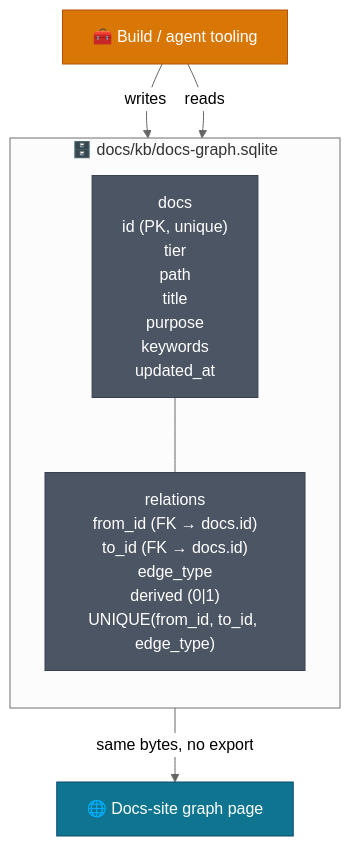
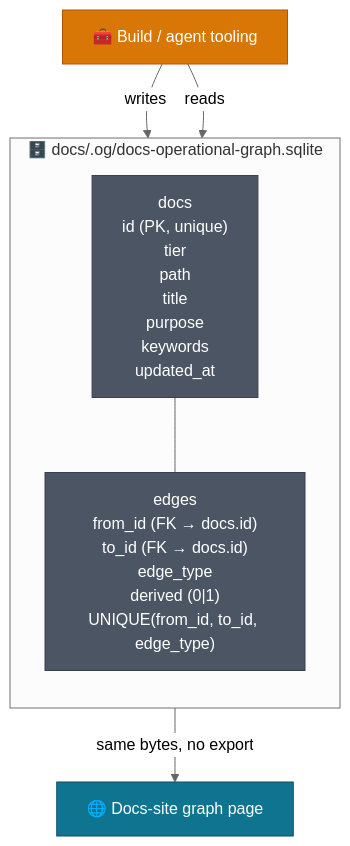
The first of 2 diagrams in docs/Harness/07 Knowledge Graph/02 Storage and Build Model.md (DataArt/artisyn-implementation-harness), drawn with Mermaid (neutral theme) before and after one commit. The commit also changed other lines of this file and 10 other files, not shown here.

Commit message:
docs(architecture): describe the operational graph's HLD/LLD/Harness boundary

````diff
--- a/docs/Harness/07 Knowledge Graph/02 Storage and Build Model.md
+++ b/docs/Harness/07 Knowledge Graph/02 Storage and Build Model.md
@@ -13,20 +13,20 @@
 ```mermaid
 flowchart TD
-    subgraph FILE ["🗄️ docs/kb/docs-graph.sqlite"]
+    subgraph FILE ["🗄️ docs/.og/docs-operational-graph.sqlite"]
         direction TB
         DOCS["docs\nid (PK, unique)\ntier\npath\ntitle\npurpose\nkeywords\nupdated_at"]:::table
-        REL["relations\nfrom_id (FK → docs.id)\nto_id (FK → docs.id)\nedge_type\nderived (0|1)\nUNIQUE(from_id, to_id, edge_type)"]:::table
+        REL["edges\nfrom_id (FK → docs.id)\nto_id (FK → docs.id)\nedge_type\nderived (0|1)\nUNIQUE(from_id, to_id, edge_type)"]:::table
         DOCS --- REL
     end
 
     TOOLING["🧰 Build / agent tooling"]:::tooling
     BROWSER["🌐 Docs-site graph page"]:::browser
 
     TOOLING -->|"writes"| FILE
     TOOLING -->|"reads"| FILE
     FILE -->|"same bytes, no export"| BROWSER
 
     classDef table   fill:#4B5563,stroke:#374151,color:#fff
     classDef tooling fill:#D97706,stroke:#B45309,color:#fff
     classDef browser fill:#0E7490,stroke:#0c4a6e,color:#fff
 ```
````
